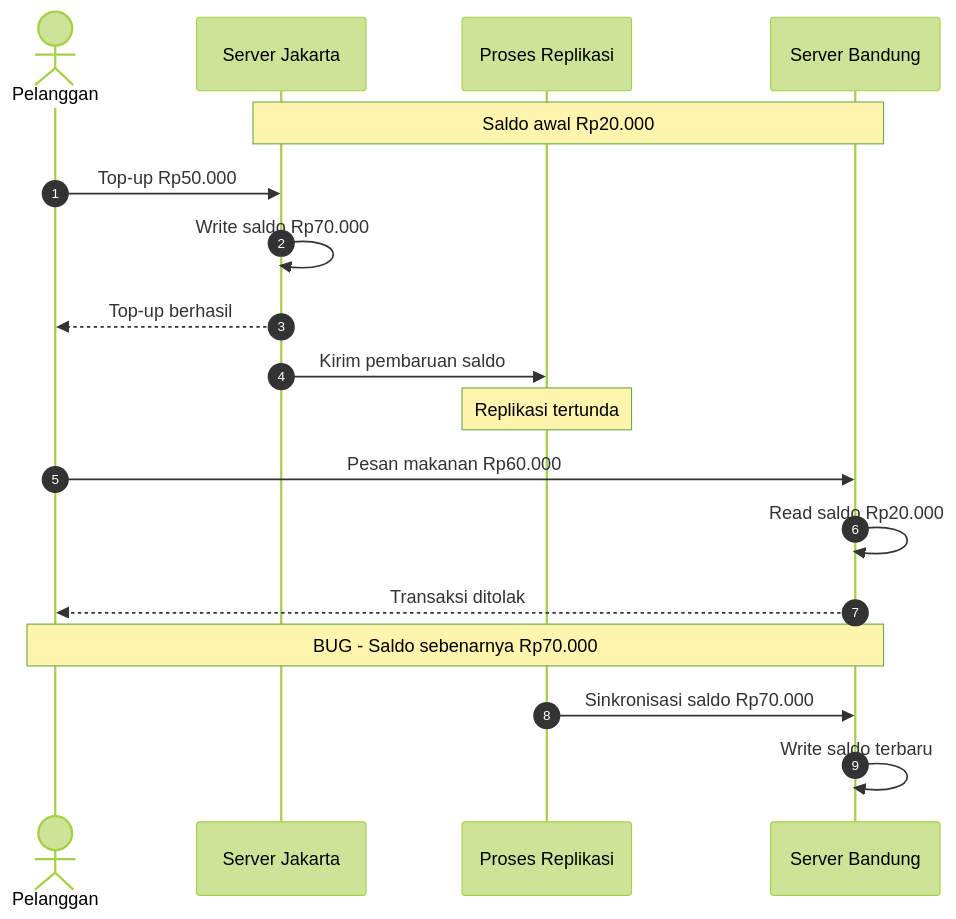
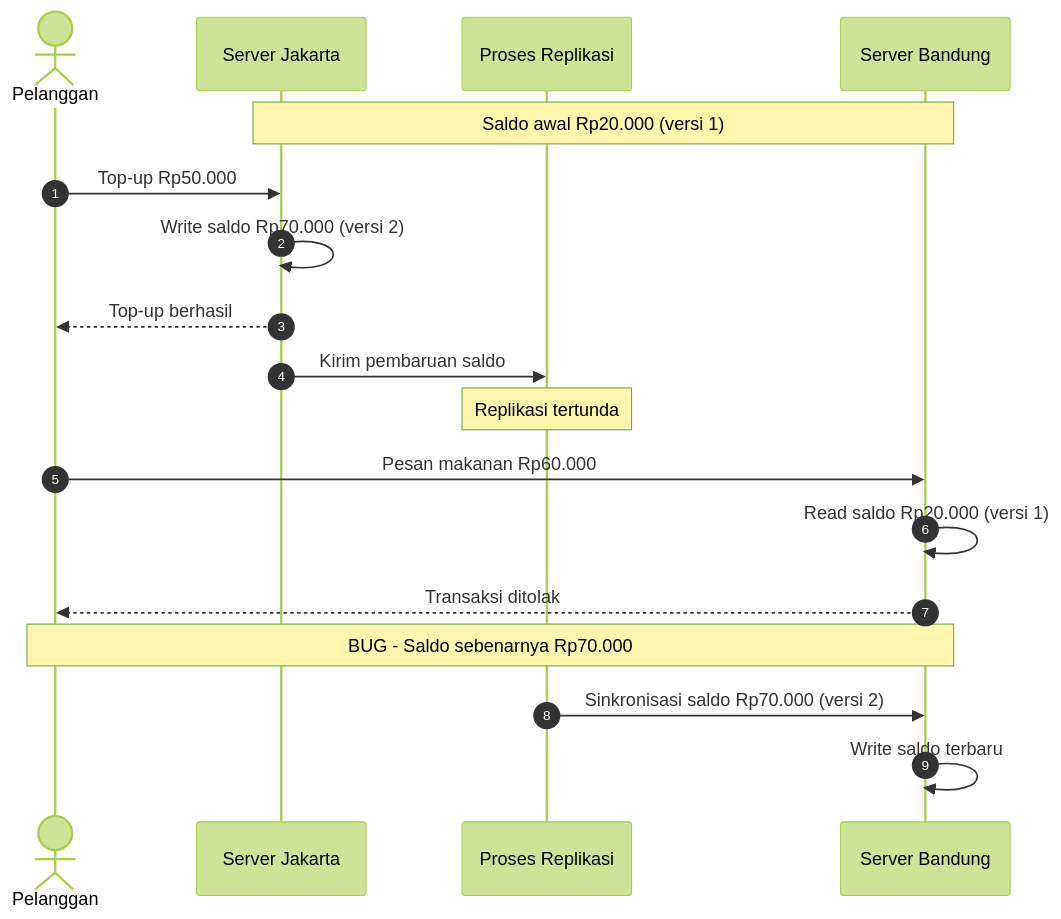
Before and after one commit to amirahry/komputasi-awan-dan-terdistribusi: the first of 2 diagrams in tugas-07-konsistensi-data/README.md, drawn with Mermaid (forest theme). The commit also changed other lines of this file and 4 other files, not shown here.

````diff
--- a/tugas-07-konsistensi-data/README.md
+++ b/tugas-07-konsistensi-data/README.md
@@ -41,26 +55,26 @@
-```mermaid id="j5kwyl"
+```mermaid
 sequenceDiagram
     autonumber
     actor P as Pelanggan
     participant J as Server Jakarta
     participant R as Proses Replikasi
     participant B as Server Bandung
 
-    Note over J,B: Saldo awal Rp20.000
+    Note over J,B: Saldo awal Rp20.000 (versi 1)
 
     P->>J: Top-up Rp50.000
-    J->>J: Write saldo Rp70.000
+    J->>J: Write saldo Rp70.000 (versi 2)
     J-->>P: Top-up berhasil
 
     J->>R: Kirim pembaruan saldo
     Note over R: Replikasi tertunda
 
     P->>B: Pesan makanan Rp60.000
-    B->>B: Read saldo Rp20.000
+    B->>B: Read saldo Rp20.000 (versi 1)
     B-->>P: Transaksi ditolak
 
     Note over P,B: BUG - Saldo sebenarnya Rp70.000
 
-    R->>B: Sinkronisasi saldo Rp70.000
+    R->>B: Sinkronisasi saldo Rp70.000 (versi 2)
     B->>B: Write saldo terbaru
 ```
````
